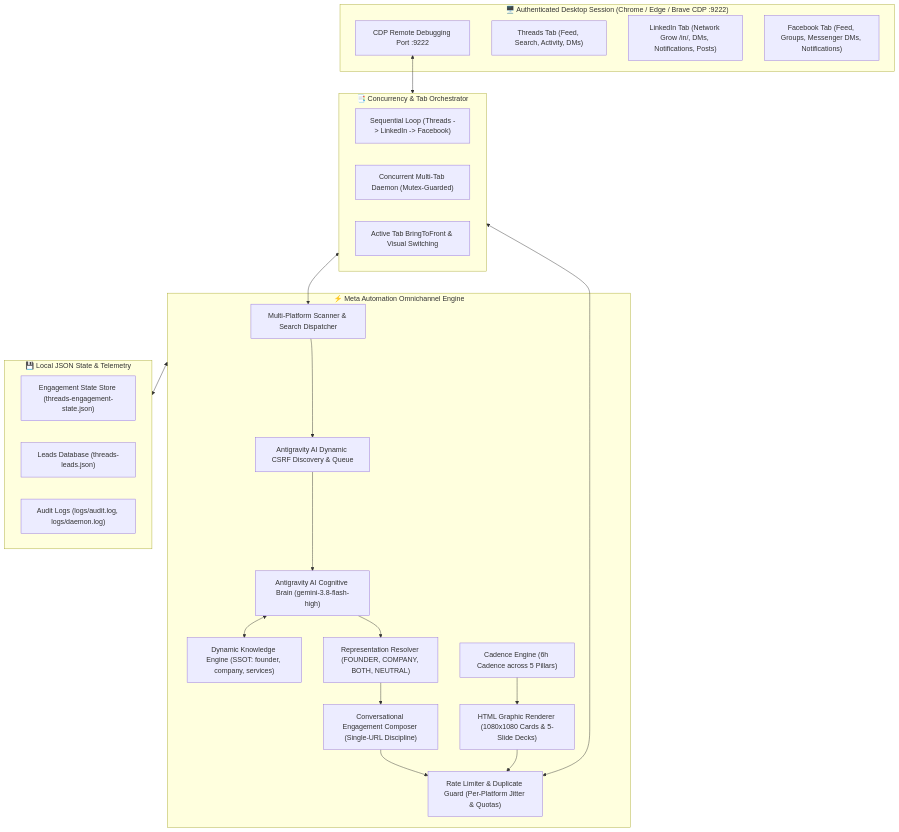
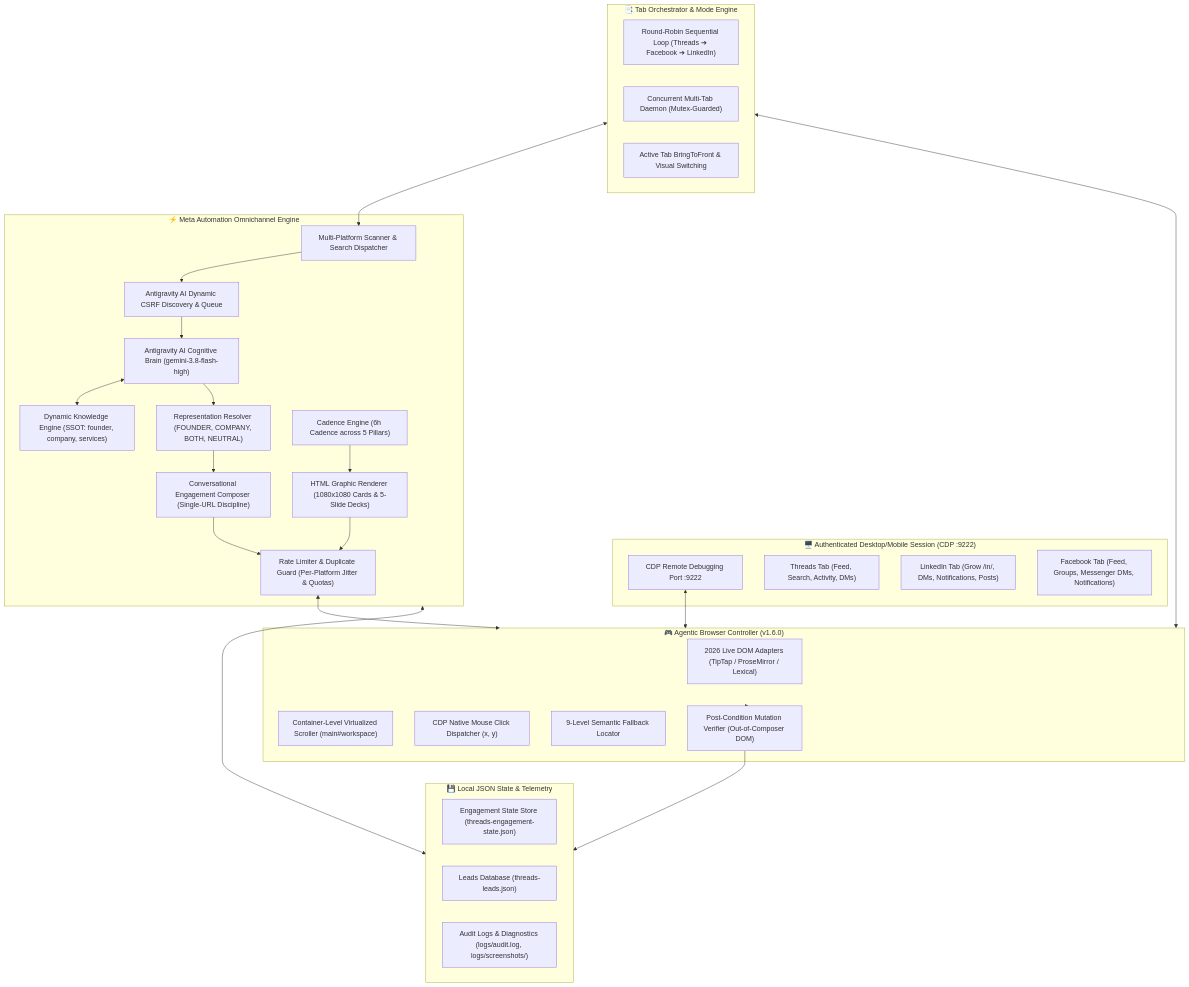
The diagram in README.md (sunmughan/meta-automation), drawn with Mermaid before and after one commit. The commit also changed other lines of this file and 2 other files, not shown here.

Commit message:
chore(release): v1.6.0 agentic browser controller architecture, 2026 DOM adapters & cross-platform docs

````diff
--- a/README.md
+++ b/README.md
@@ -111,46 +40,57 @@
 ```mermaid
 flowchart TB
-    subgraph Browser ["🖥️ Authenticated Desktop Session (Chrome / Edge / Brave CDP :9222)"]
+    subgraph Browser ["🖥️ Authenticated Desktop/Mobile Session (CDP :9222)"]
         CDP["CDP Remote Debugging Port :9222"]
         Threads["Threads Tab (Feed, Search, Activity, DMs)"]
-        LinkedIn["LinkedIn Tab (Network Grow /in/, DMs, Notifications, Posts)"]
+        LinkedIn["LinkedIn Tab (Grow /in/, DMs, Notifications, Posts)"]
         Facebook["Facebook Tab (Feed, Groups, Messenger DMs, Notifications)"]
     end
 
-    subgraph MultiTabManager ["📑 Concurrency & Tab Orchestrator"]
-        ModeSeq["Sequential Loop (Threads -> LinkedIn -> Facebook)"]
-        ModeCon["Concurrent Multi-Tab Daemon (Mutex-Guarded)"]
-        TabFocus["Active Tab BringToFront & Visual Switching"]
+    subgraph BrowserController ["🎮 Agentic Browser Controller (v1.6.0)"]
+        DOMAdapter["2026 Live DOM Adapters (TipTap / ProseMirror / Lexical)"]
+        ContainerScroll["Container-Level Virtualized Scroller (main#workspace)"]
+        NativeMouse["CDP Native Mouse Click Dispatcher (x, y)"]
+        SemanticResolver["9-Level Semantic Fallback Locator"]
+        ActionVerifier["Post-Condition Mutation Verifier (Out-of-Composer DOM)"]
+    end
+
+    subgraph TabManager ["📑 Tab Orchestrator & Mode Engine"]
+        RoundRobin["Round-Robin Sequential Loop (Threads ➔ Facebook ➔ LinkedIn)"]
+        Concurrent["Concurrent Multi-Tab Daemon (Mutex-Guarded)"]
+        VisualFocus["Active Tab BringToFront & Visual Switching"]
     end
 
     subgraph CoreEngine ["⚡ Meta Automation Omnichannel Engine"]
         Scanner["Multi-Platform Scanner & Search Dispatcher"]
         AiQueue["Antigravity AI Dynamic CSRF Discovery & Queue"]
         AIBrain["Antigravity AI Cognitive Brain (gemini-3.8-flash-high)"]
         Knowledge["Dynamic Knowledge Engine (SSOT: founder, company, services)"]
         Identity["Representation Resolver (FOUNDER, COMPANY, BOTH, NEUTRAL)"]
         Composer["Conversational Engagement Composer (Single-URL Discipline)"]
         Renderer["HTML Graphic Renderer (1080x1080 Cards & 5-Slide Decks)"]
         Scheduler["Cadence Engine (6h Cadence across 5 Pillars)"]
         Safety["Rate Limiter & Duplicate Guard (Per-Platform Jitter & Quotas)"]
     end
 
     subgraph StateStorage ["💾 Local JSON State & Telemetry"]
         State["Engagement State Store (threads-engagement-state.json)"]
         Leads["Leads Database (threads-leads.json)"]
-        Audit["Audit Logs (logs/audit.log, logs/daemon.log)"]
+        Audit["Audit Logs & Diagnostics (logs/audit.log, logs/screenshots/)"]
     end
 
-    CDP <--> MultiTabManager
-    MultiTabManager <--> Scanner
+    CDP <--> BrowserController
+    BrowserController <--> TabManager
+    TabManager <--> Scanner
     Scanner --> AiQueue
     AiQueue --> AIBrain
     AIBrain <--> Knowledge
     AIBrain --> Identity
     Identity --> Composer
     Composer --> Safety
     Scheduler --> Renderer
     Renderer --> Safety
-    Safety <--> MultiTabManager
+    Safety <--> BrowserController
     CoreEngine <--> StateStorage
+    BrowserController --> ActionVerifier
+    ActionVerifier --> StateStorage
 ```
````
